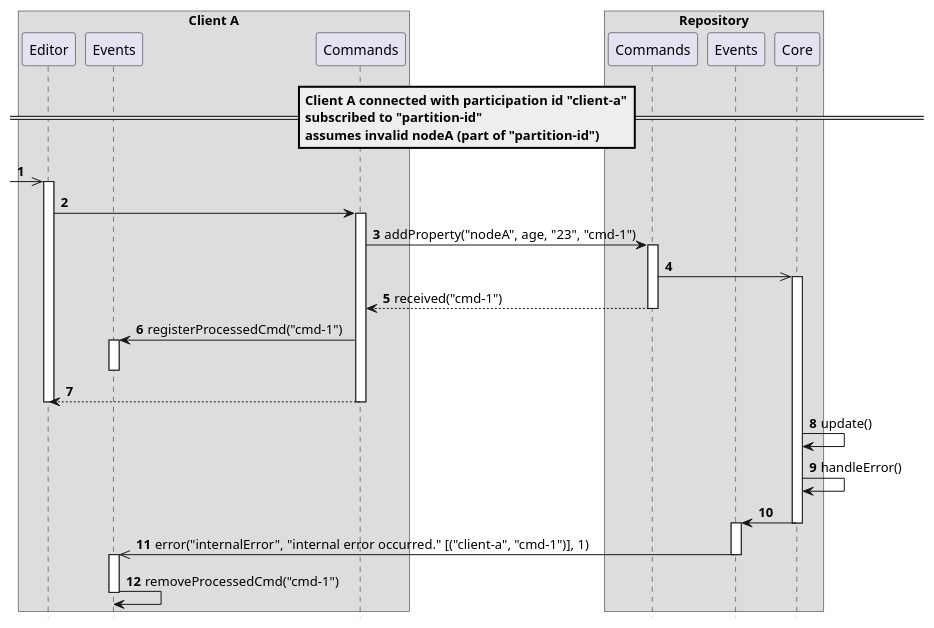
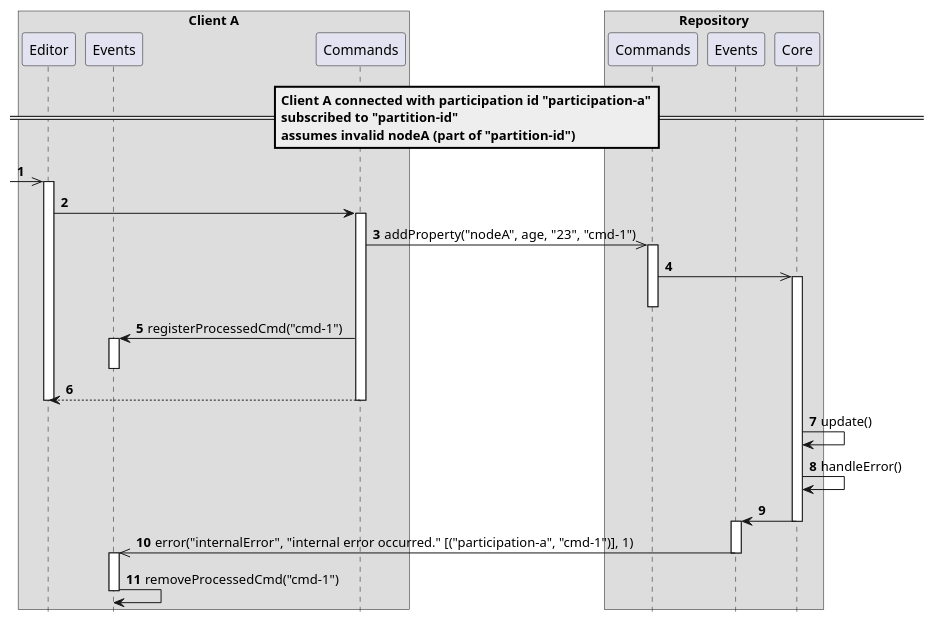
The diagram in delta/scenarios/repositoryBug.adoc (LionWeb-io/specification), drawn with PlantUML before and after one commit. The commit also changed other lines of this file and 9 other files, not shown here.

```diff
--- a/delta/scenarios/repositoryBug.adoc
+++ b/delta/scenarios/repositoryBug.adoc
@@ -2,48 +2,47 @@
 [plantuml,repositoryBug,svg]
 ----
 hide footbox
 autonumber
 
 box "Client A"
   participant Editor as editor
   participant Events as clientEvent
   participant Commands as clientCmd
 end box
 
 box "Repository"
   participant Commands as repoCmd
   participant Events as repoEvent
   participant Core as core
 end box
 
-== Client A connected with participation id "client-a"\nsubscribed to "partition-id"\nassumes invalid nodeA (part of "partition-id") ==
+== Client A connected with participation id "participation-a"\nsubscribed to "partition-id"\nassumes invalid nodeA (part of "partition-id") ==
 
 [->> editor ++
 editor -> clientCmd ++
-clientCmd -> repoCmd ++: addProperty("nodeA", age, "23", "cmd-1")
+clientCmd ->> repoCmd ++: addProperty("nodeA", age, "23", "cmd-1")
 repoCmd ->> core
 activate core
-clientCmd <-- repoCmd: received("cmd-1")
 deactivate repoCmd
 clientCmd -> clientEvent: registerProcessedCmd("cmd-1")
 activate clientEvent
 deactivate clientEvent
 deactivate repoCmd
 editor <-- clientCmd
 deactivate clientCmd
 deactivate editor
 
 core -> core: update()
 core -> core: handleError()
 
 core -> repoEvent
 deactivate core
 
 activate repoEvent
-clientEvent <<- repoEvent: error("internalError", "internal error occurred." [("client-a", "cmd-1")], 1)
+clientEvent <<- repoEvent: error("internalError", "internal error occurred." [("participation-a", "cmd-1")], 1)
 deactivate repoEvent
 
 activate clientEvent
 clientEvent -> clientEvent: removeProcessedCmd("cmd-1")
 deactivate clientEvent
 ----
```
